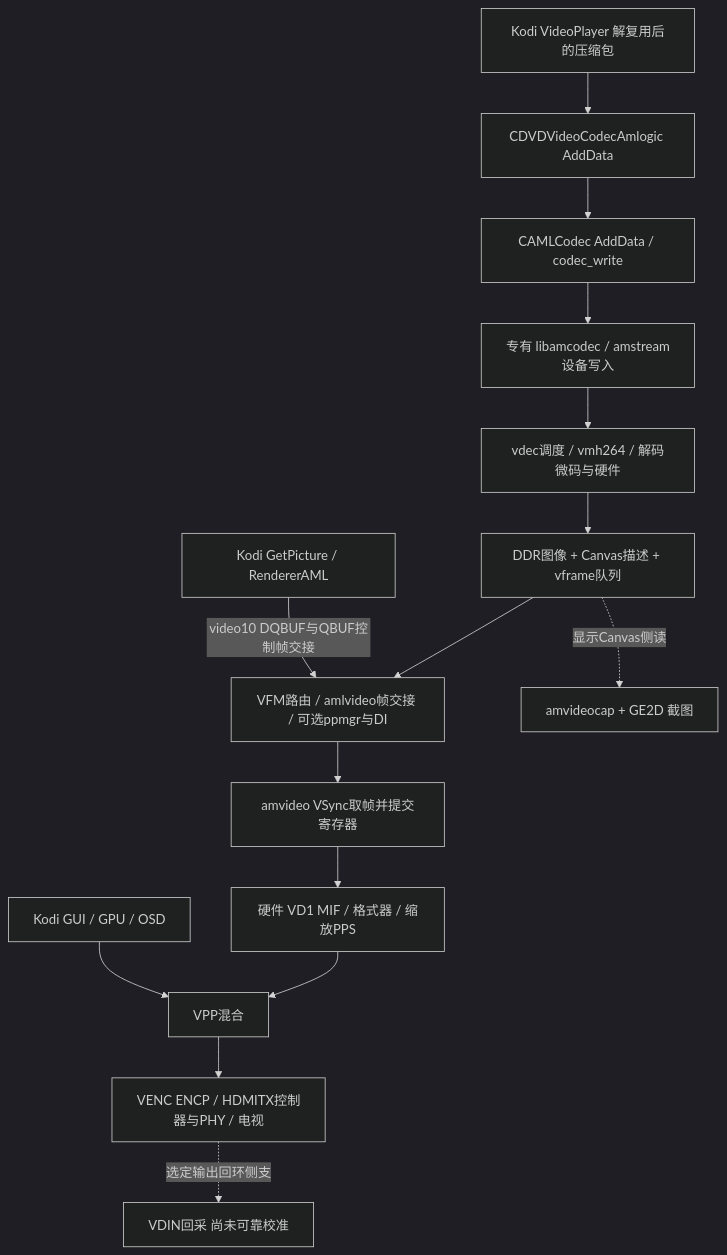
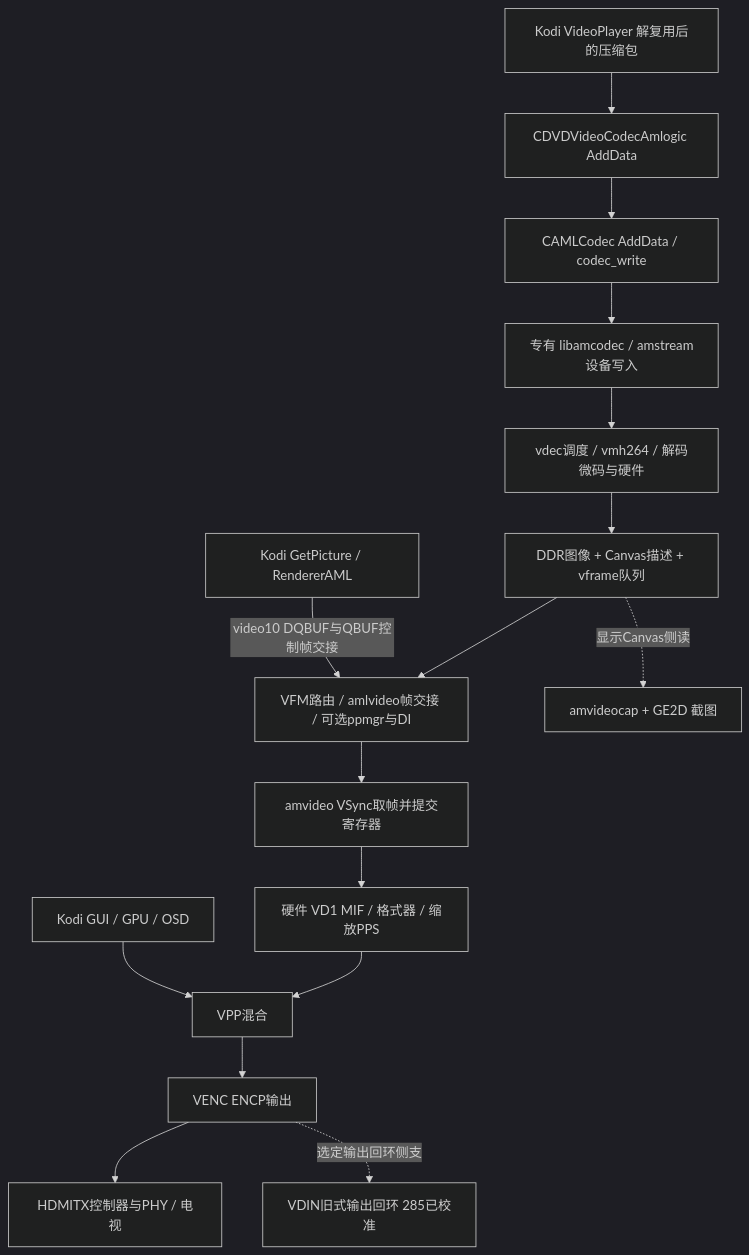
One commit to QingLeiLi/CoreELEC changed the diagram in e900-port/BASELINE-AND-PLAYBACK.md. Above: the diagram before and after it, drawn with Mermaid (dark theme). The commit also changed other lines of this file and 31 other files, not shown here.

````diff
--- a/e900-port/BASELINE-AND-PLAYBACK.md
+++ b/e900-port/BASELINE-AND-PLAYBACK.md
@@ -80,17 +82,18 @@
 ```mermaid
 flowchart TD
   A[Kodi VideoPlayer 解复用后的压缩包] --> B[CDVDVideoCodecAmlogic AddData]
   B --> C[CAMLCodec AddData / codec_write]
   C --> D[专有 libamcodec / amstream设备写入]
   D --> E[vdec调度 / vmh264 / 解码微码与硬件]
   E --> F[DDR图像 + Canvas描述 + vframe队列]
   F --> G[VFM路由 / amlvideo帧交接 / 可选ppmgr与DI]
   K[Kodi GetPicture / RendererAML] -->|video10 DQBUF与QBUF控制帧交接| G
   G --> H[amvideo VSync取帧并提交寄存器]
   H --> I[硬件 VD1 MIF / 格式器 / 缩放PPS]
   I --> J[VPP混合]
   O[Kodi GUI / GPU / OSD] --> J
-  J --> L[VENC ENCP / HDMITX控制器与PHY / 电视]
+  J --> L[VENC ENCP输出]
+  L --> P[HDMITX控制器与PHY / 电视]
   F -.显示Canvas侧读.-> M[amvideocap + GE2D 截图]
-  L -.选定输出回环侧支.-> N[VDIN回采 尚未可靠校准]
+  L -.选定输出回环侧支.-> N[VDIN旧式输出回环 285已校准]
 ```
````
